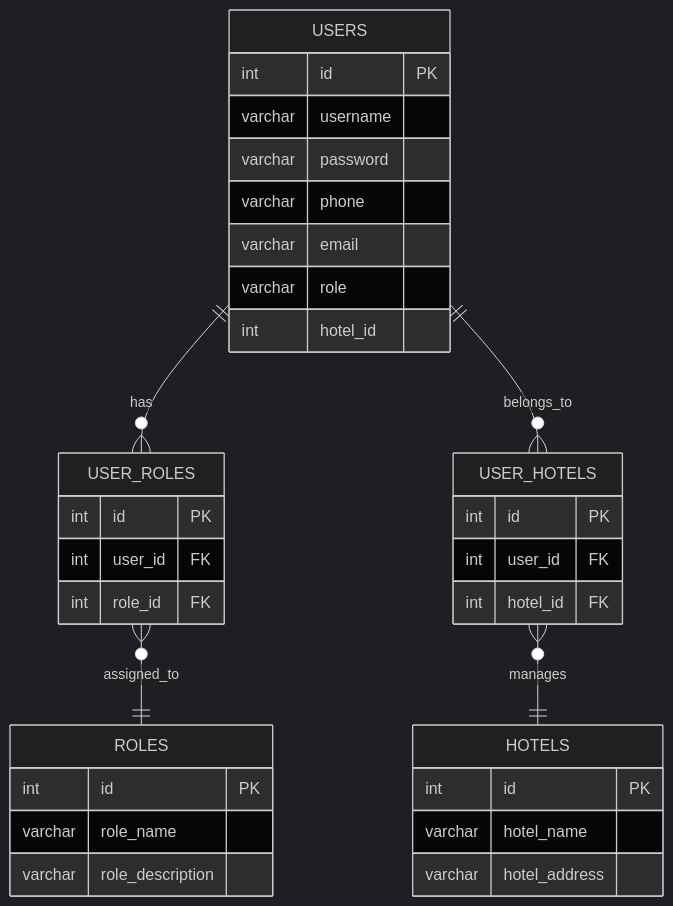
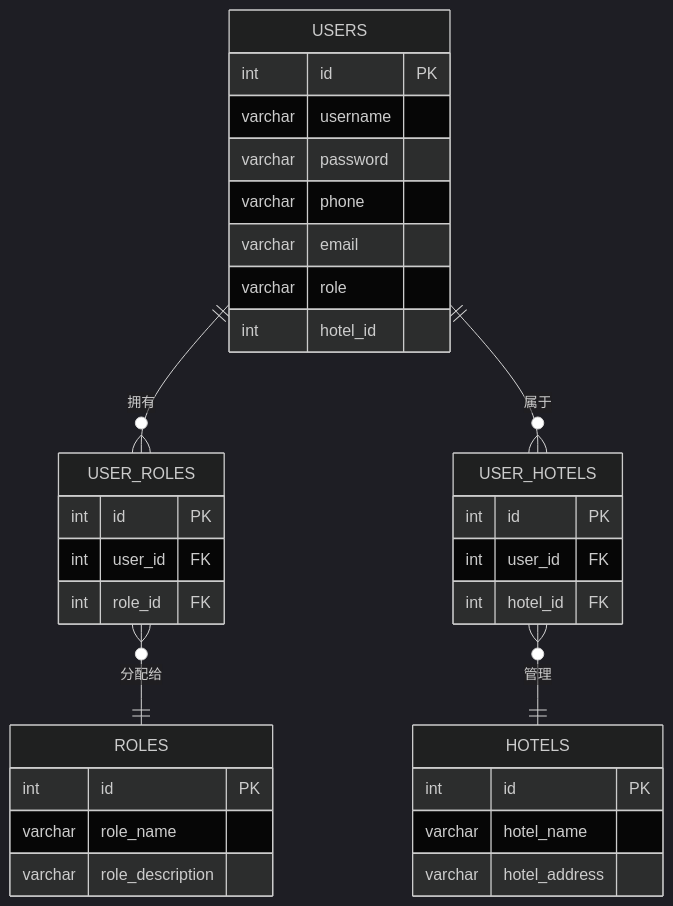
The second of 12 diagrams in docs/database_er_diagram.md (choisaaaaa/IoT_Smart_Hotel_System), drawn with Mermaid (dark theme) before and after one commit. The commit also changed other lines of this file, not shown here.

Commit message:
docs(database): 更新数据库ER图中关系描述为中文

````diff
--- a/docs/database_er_diagram.md
+++ b/docs/database_er_diagram.md
@@ -62,36 +60,36 @@
 ```mermaid
 erDiagram
     USERS {
         int id PK
         varchar username
         varchar password
         varchar phone
         varchar email
         varchar role
         int hotel_id
     }
     ROLES {
         int id PK
         varchar role_name
         varchar role_description
     }
     USER_ROLES {
         int id PK
         int user_id FK
         int role_id FK
     }
     USER_HOTELS {
         int id PK
         int user_id FK
         int hotel_id FK
     }
     HOTELS {
         int id PK
         varchar hotel_name
         varchar hotel_address
     }
-    USERS ||--o{ USER_ROLES : has
-    USERS ||--o{ USER_HOTELS : belongs_to
-    USER_ROLES }o--|| ROLES : assigned_to
-    USER_HOTELS }o--|| HOTELS : manages
+    USERS ||--o{ USER_ROLES : "拥有"
+    USERS ||--o{ USER_HOTELS : "属于"
+    USER_ROLES }o--|| ROLES : "分配给"
+    USER_HOTELS }o--|| HOTELS : "管理"
 ```
````
